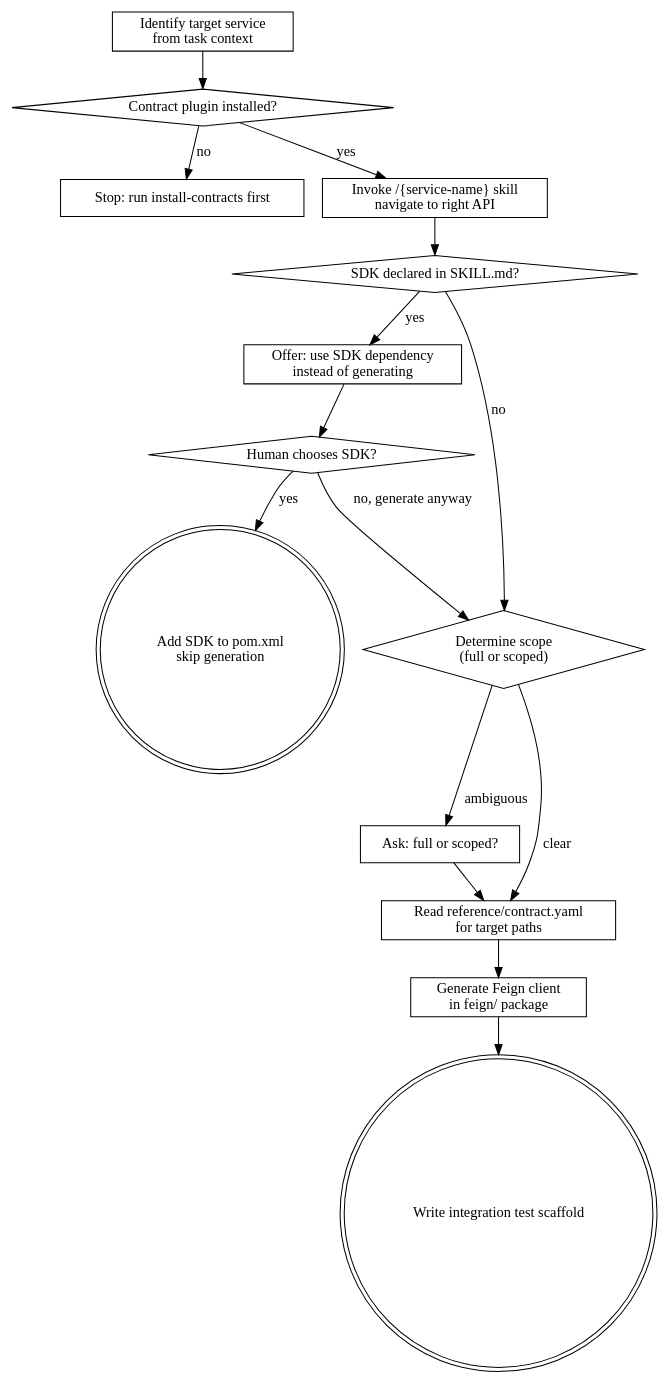
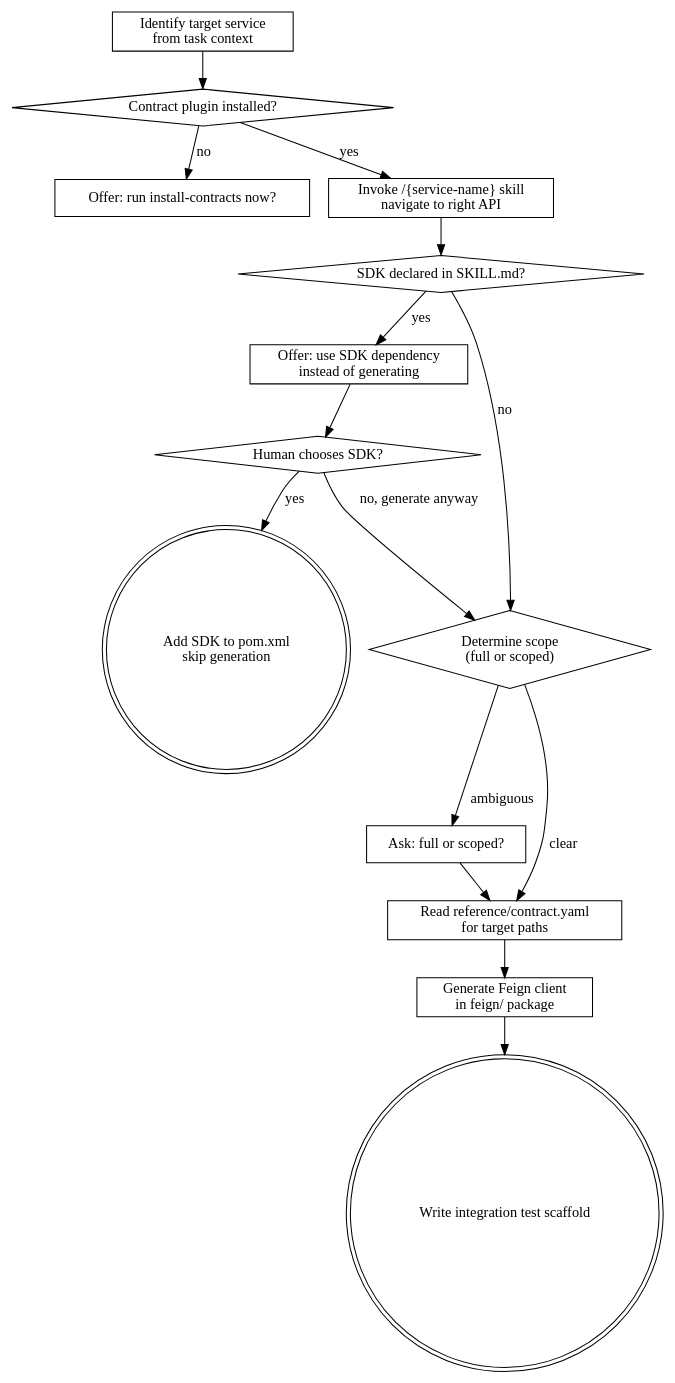
One commit to honghaowuu/jkit changed the diagram in skills/generate-feign/SKILL.md. Above: the diagram before and after it, drawn with Graphviz. The commit also changed other lines of this file and 7 other files, not shown here.

````diff
--- a/skills/generate-feign/SKILL.md
+++ b/skills/generate-feign/SKILL.md
@@ -21,32 +21,32 @@
 ```dot
 digraph generate_feign {
     "Identify target service\nfrom task context" [shape=box];
     "Contract plugin installed?" [shape=diamond];
-    "Stop: run install-contracts first" [shape=box];
+    "Offer: run install-contracts now?" [shape=box];
     "Invoke /{service-name} skill\nnavigate to right API" [shape=box];
     "SDK declared in SKILL.md?" [shape=diamond];
     "Offer: use SDK dependency\ninstead of generating" [shape=box];
     "Human chooses SDK?" [shape=diamond];
     "Add SDK to pom.xml\nskip generation" [shape=doublecircle];
     "Determine scope\n(full or scoped)" [shape=diamond];
     "Ask: full or scoped?" [shape=box];
     "Read reference/contract.yaml\nfor target paths" [shape=box];
     "Generate Feign client\nin feign/ package" [shape=box];
     "Write integration test scaffold" [shape=doublecircle];
 
     "Identify target service\nfrom task context" -> "Contract plugin installed?";
-    "Contract plugin installed?" -> "Stop: run install-contracts first" [label="no"];
+    "Contract plugin installed?" -> "Offer: run install-contracts now?" [label="no"];
     "Contract plugin installed?" -> "Invoke /{service-name} skill\nnavigate to right API" [label="yes"];
     "Invoke /{service-name} skill\nnavigate to right API" -> "SDK declared in SKILL.md?";
     "SDK declared in SKILL.md?" -> "Offer: use SDK dependency\ninstead of generating" [label="yes"];
     "SDK declared in SKILL.md?" -> "Determine scope\n(full or scoped)" [label="no"];
     "Offer: use SDK dependency\ninstead of generating" -> "Human chooses SDK?";
     "Human chooses SDK?" -> "Add SDK to pom.xml\nskip generation" [label="yes"];
     "Human chooses SDK?" -> "Determine scope\n(full or scoped)" [label="no, generate anyway"];
     "Determine scope\n(full or scoped)" -> "Ask: full or scoped?" [label="ambiguous"];
     "Determine scope\n(full or scoped)" -> "Read reference/contract.yaml\nfor target paths" [label="clear"];
     "Ask: full or scoped?" -> "Read reference/contract.yaml\nfor target paths";
     "Read reference/contract.yaml\nfor target paths" -> "Generate Feign client\nin feign/ package";
     "Generate Feign client\nin feign/ package" -> "Write integration test scaffold";
 }
 ```
````
